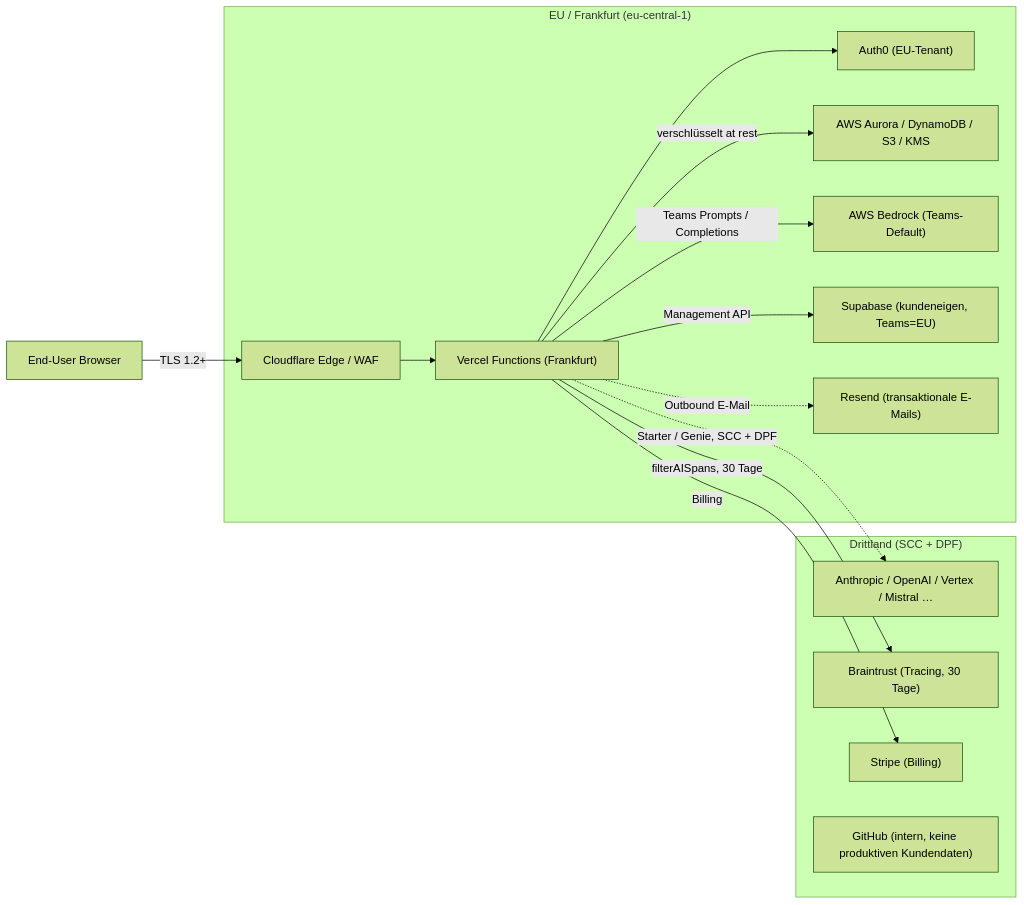
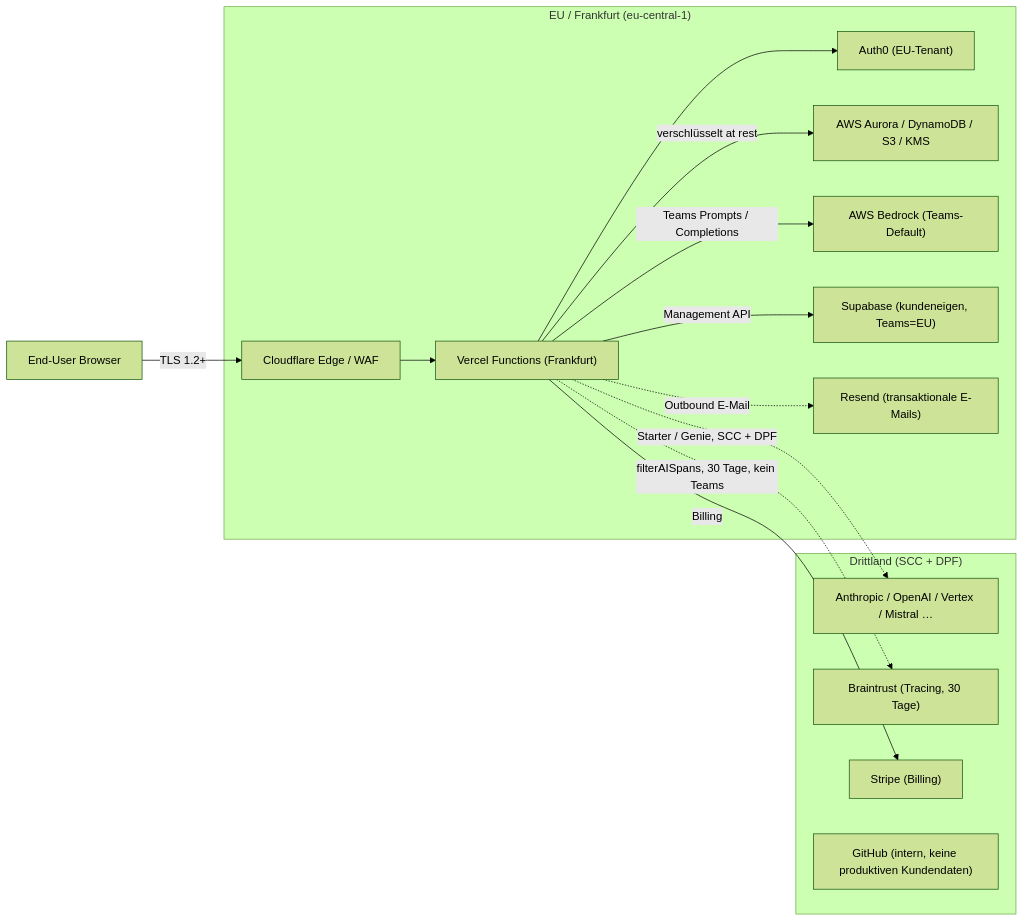
The diagram in de/compliance/kunden-compliance-paket.mdx (cr4yfish/docs), drawn with Mermaid (forest theme) before and after one commit. The commit also changed other lines of this file, not shown here.

````diff
--- a/de/compliance/kunden-compliance-paket.mdx
+++ b/de/compliance/kunden-compliance-paket.mdx
@@ -122,28 +123,28 @@
 ```mermaid
 graph LR
   Browser["End-User Browser"]
   subgraph EU["EU / Frankfurt (eu-central-1)"]
     Cloudflare["Cloudflare Edge / WAF"]
     Vercel["Vercel Functions (Frankfurt)"]
     Auth0EU["Auth0 (EU-Tenant)"]
     AWS["AWS Aurora / DynamoDB / S3 / KMS"]
     Bedrock["AWS Bedrock (Teams-Default)"]
     Supabase["Supabase (kundeneigen, Teams=EU)"]
     Resend["Resend (transaktionale E-Mails)"]
   end
   subgraph TF["Drittland (SCC + DPF)"]
     LLM["Anthropic / OpenAI / Vertex / Mistral …"]
     Braintrust["Braintrust (Tracing, 30 Tage)"]
     Stripe["Stripe (Billing)"]
     GitHub["GitHub (intern, keine produktiven Kundendaten)"]
   end
   Browser -->|TLS 1.2+| Cloudflare --> Vercel
   Vercel --> Auth0EU
   Vercel -->|verschlüsselt at rest| AWS
   Vercel -->|Teams Prompts / Completions| Bedrock
   Vercel -.->|Starter / Genie, SCC + DPF| LLM
   Vercel -->|Management API| Supabase
-  Vercel -->|filterAISpans, 30 Tage| Braintrust
+  Vercel -.->|filterAISpans, 30 Tage, kein Teams| Braintrust
   Vercel -->|Billing| Stripe
   Vercel -.->|Outbound E-Mail| Resend
 ```
````
